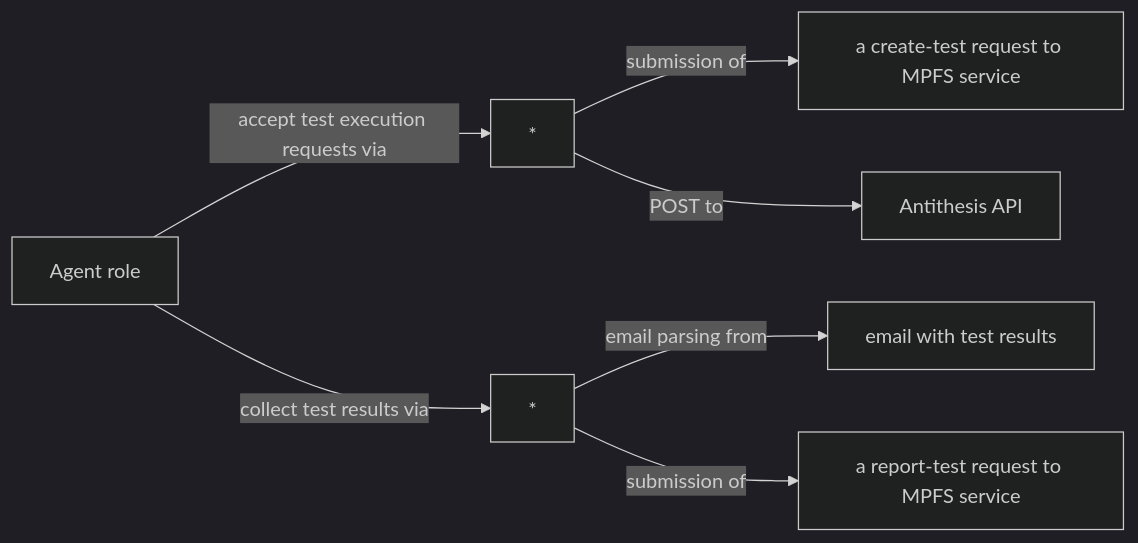
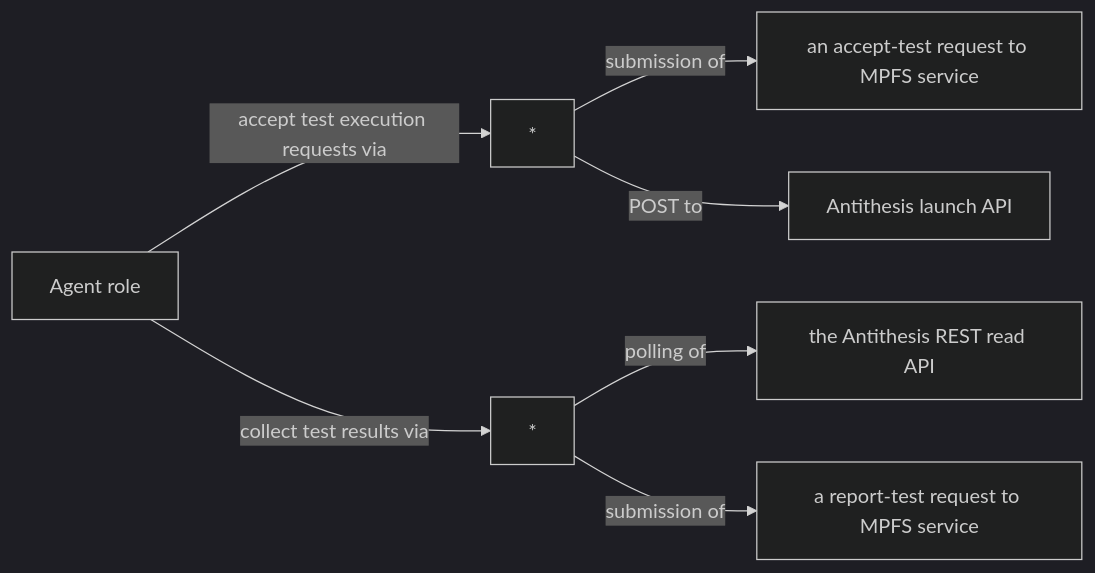
Before and after one commit to cardano-foundation/moog: the eighth of 11 diagrams in docs/ops/architecture.md, drawn with Mermaid (dark theme). The commit also changed other lines of this file and 9 other files, not shown here.

````diff
--- a/docs/ops/architecture.md
+++ b/docs/ops/architecture.md
@@ -183,10 +183,10 @@
 ```mermaid
 graph LR
         A[Agent role] -->|accept test execution requests via| TR[*]
-        TR -->|submission of| B[a create-test request to MPFS service]
-        TR -->|POST to| C[Antithesis API]
+        TR -->|submission of| B[an accept-test request to MPFS service]
+        TR -->|POST to| C[Antithesis launch API]
         A -->|collect test results via| RR[*]
-        RR -->|email parsing from| D[email with test results]
+        RR -->|polling of| D[the Antithesis REST read API]
         RR -->|submission of| E[a report-test request to MPFS service]
 
 ```
````
